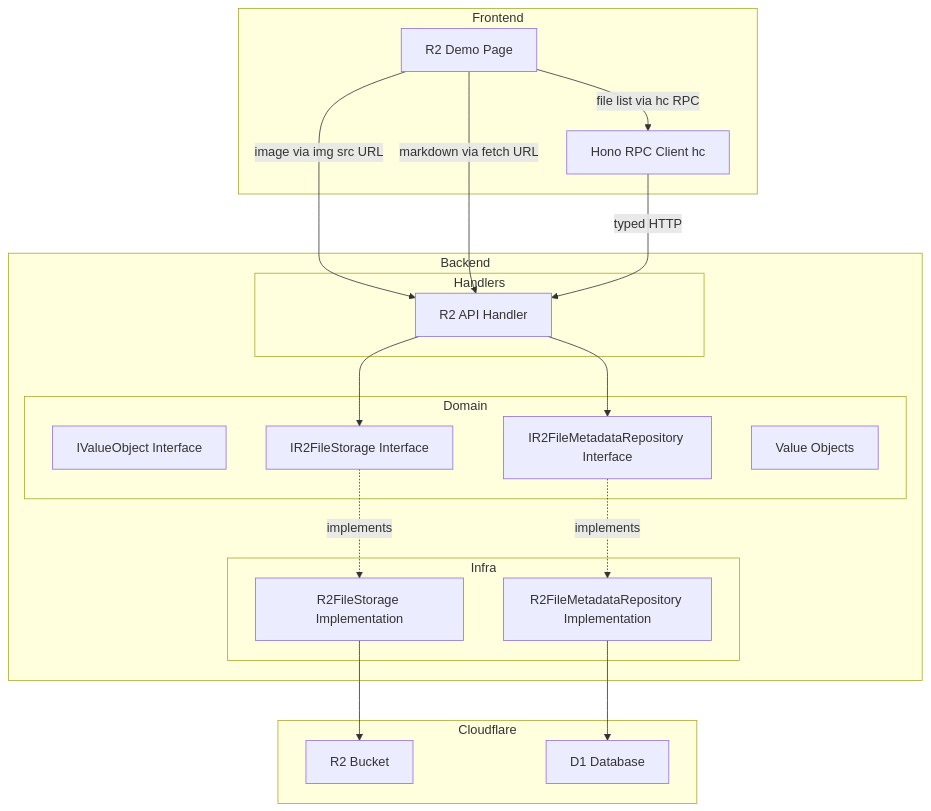
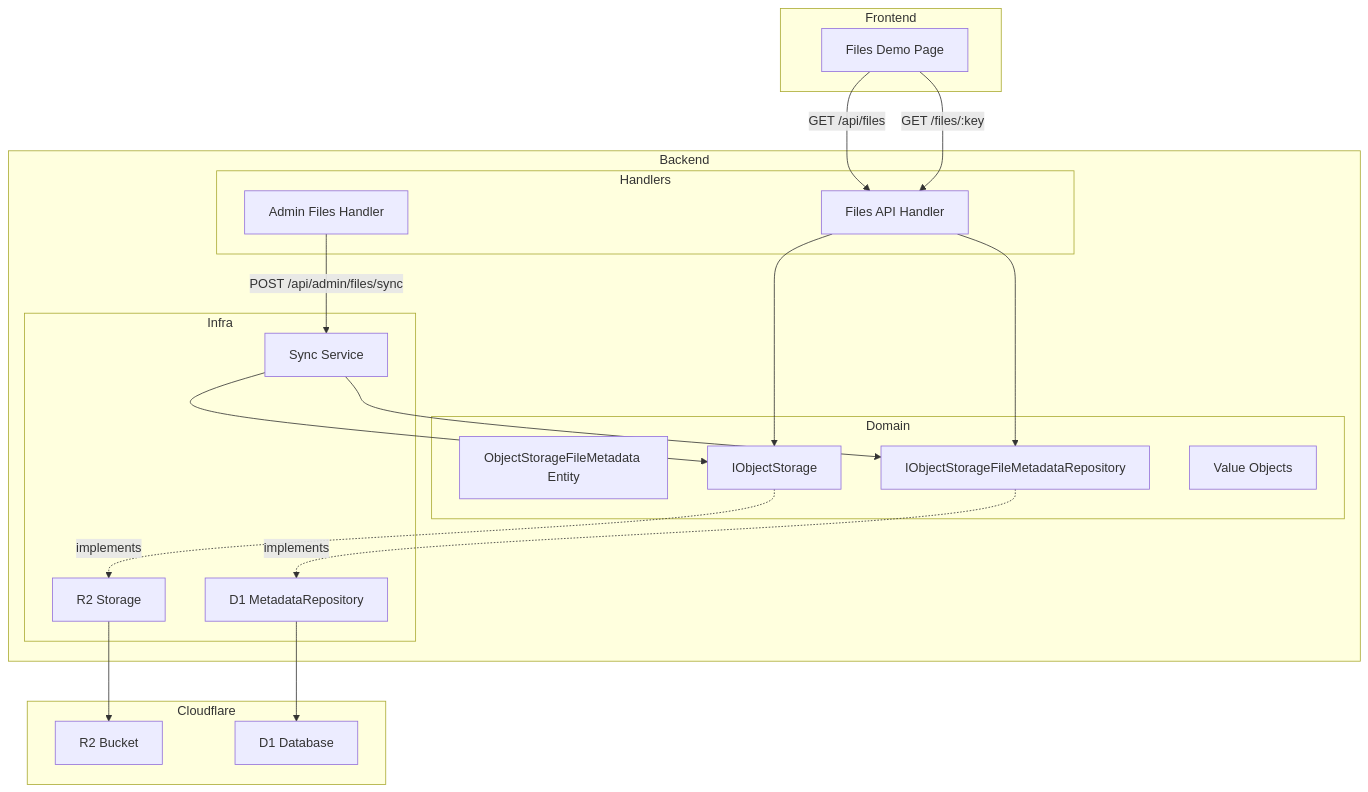
Before and after one commit to yantene/yantene.net: the first of 5 diagrams in .kiro/specs/r2-download-demo/design.md, drawn with Mermaid. The commit also changed other lines of this file and 2 other files, not shown here.

Commit message:
ドメイン層命名を object-storage に統一 + 設計フェーズ完了

````diff
--- a/.kiro/specs/r2-download-demo/design.md
+++ b/.kiro/specs/r2-download-demo/design.md
@@ -44,39 +44,41 @@
 ```mermaid
 graph TB
     subgraph Frontend
-        R2Page[R2 Demo Page]
-        HonoClient[Hono RPC Client hc]
+        FilesPage[Files Demo Page]
     end
 
     subgraph Backend
         subgraph Handlers
-            R2Handler[R2 API Handler]
+            FilesHandler[Files API Handler]
+            AdminHandler[Admin Files Handler]
         end
         subgraph Domain
-            ValueObjectIF[IValueObject Interface]
-            R2StorageIF[IR2FileStorage Interface]
-            MetaRepoIF[IR2FileMetadataRepository Interface]
+            ObjectStorageFileMetadata[ObjectStorageFileMetadata Entity]
+            MetaRepoIF[IObjectStorageFileMetadataRepository]
+            StorageIF[IObjectStorage]
             ValueObjects[Value Objects]
         end
         subgraph Infra
-            R2Storage[R2FileStorage Implementation]
-            D1MetaRepo[R2FileMetadataRepository Implementation]
+            D1MetaRepo[D1 MetadataRepository]
+            R2Storage[R2 Storage]
+            SyncService[Sync Service]
         end
     end
 
     subgraph Cloudflare
         R2Bucket[R2 Bucket]
         D1DB[D1 Database]
     end
 
-    R2Page -->|file list via hc RPC| HonoClient
-    R2Page -->|image via img src URL| R2Handler
-    R2Page -->|markdown via fetch URL| R2Handler
-    HonoClient -->|typed HTTP| R2Handler
-    R2Handler --> R2StorageIF
-    R2Handler --> MetaRepoIF
-    R2StorageIF -.->|implements| R2Storage
+    FilesPage -->|GET /api/files| FilesHandler
+    FilesPage -->|GET /files/:key| FilesHandler
+    AdminHandler -->|POST /api/admin/files/sync| SyncService
+    FilesHandler --> MetaRepoIF
+    FilesHandler --> StorageIF
+    SyncService --> MetaRepoIF
+    SyncService --> StorageIF
     MetaRepoIF -.->|implements| D1MetaRepo
+    StorageIF -.->|implements| R2Storage
+    D1MetaRepo --> D1DB
     R2Storage --> R2Bucket
-    D1MetaRepo --> D1DB
 ```
````
